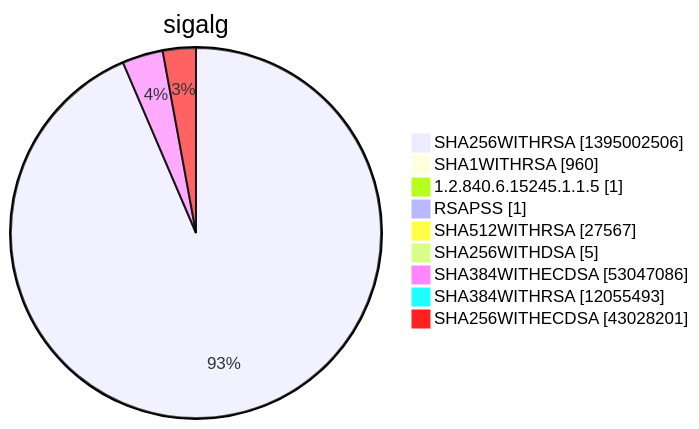
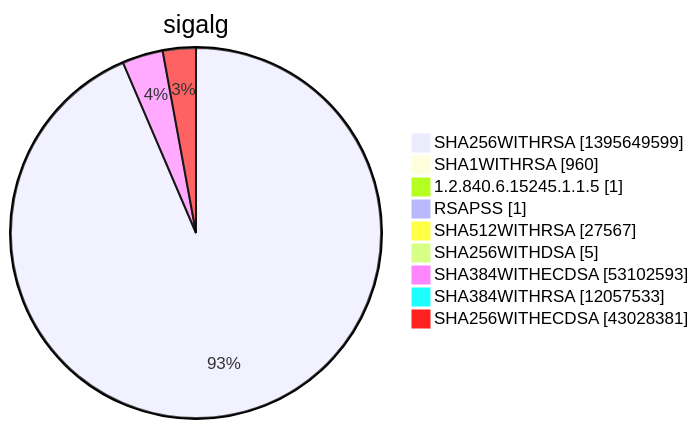
One commit to christiankrug/ctmonitor_visualization changed diagram 15 of 15 in argon2022/README.md. Above: the diagram before and after it, drawn with Mermaid. The commit also changed other lines of this file, not shown here.

````diff
--- a/argon2022/README.md
+++ b/argon2022/README.md
@@ -5524,13 +5524,13 @@
 ```mermaid
 pie showData
 title sigalg
-"SHA256WITHRSA" :1395002506
+"SHA256WITHRSA" :1395649599
 "SHA1WITHRSA" :960
 "1.2.840.6.15245.1.1.5" :1
 "RSAPSS" :1
 "SHA512WITHRSA" :27567
 "SHA256WITHDSA" :5
-"SHA384WITHECDSA" :53047086
-"SHA384WITHRSA" :12055493
-"SHA256WITHECDSA" :43028201
+"SHA384WITHECDSA" :53102593
+"SHA384WITHRSA" :12057533
+"SHA256WITHECDSA" :43028381
 ```
````
